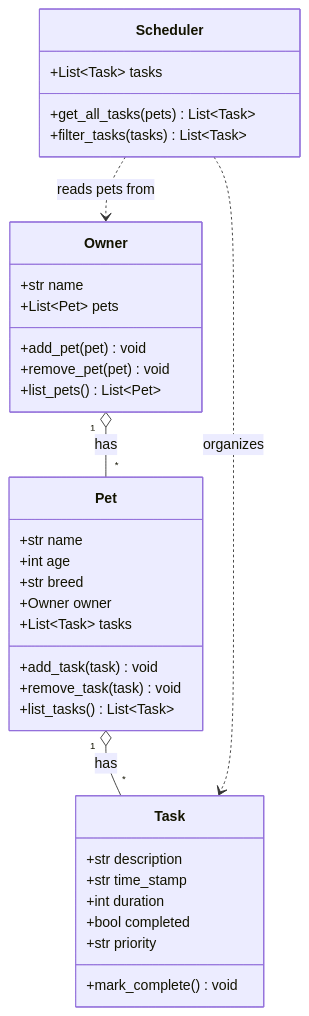
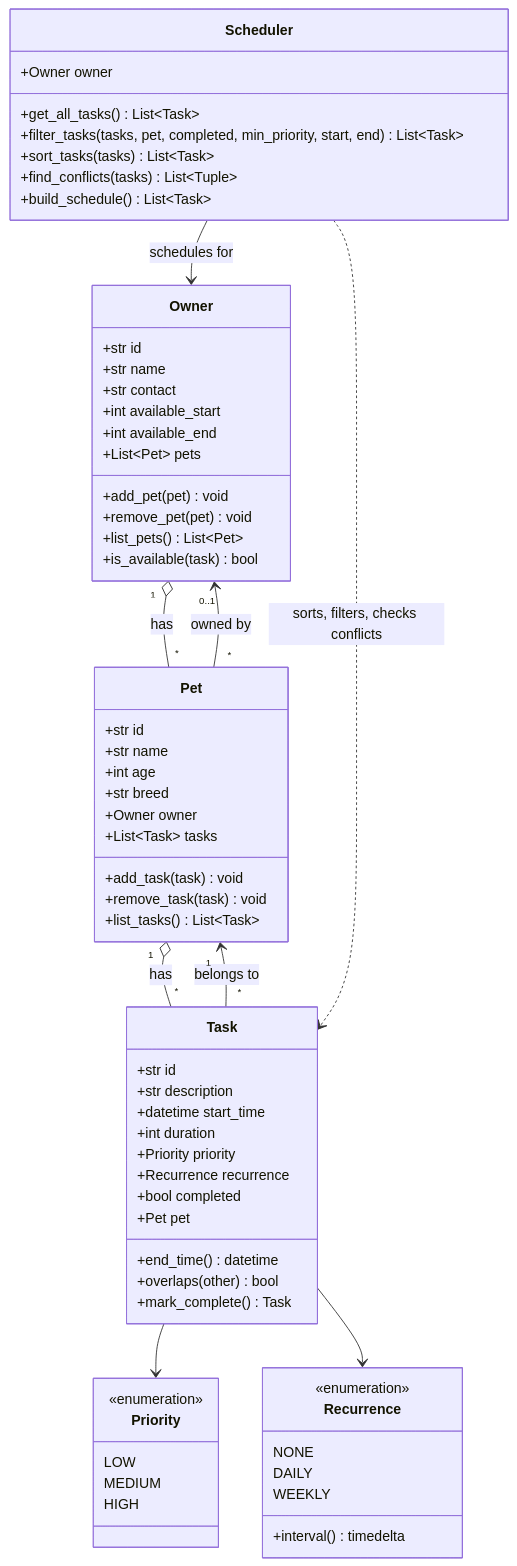
Before and after one commit to StarLumos/pawpal: the diagram in diagrams/uml.mmd, drawn with Mermaid. The commit also changed 2 other files, not shown here.

```diff
--- a/diagrams/uml.mmd
+++ b/diagrams/uml.mmd
@@ -1,39 +1,72 @@
 classDiagram
+    class Priority {
+        <<enumeration>>
+        LOW
+        MEDIUM
+        HIGH
+    }
+
+    class Recurrence {
+        <<enumeration>>
+        NONE
+        DAILY
+        WEEKLY
+        +interval() timedelta
+    }
+
     class Owner {
+        +str id
         +str name
+        +str contact
+        +int available_start
+        +int available_end
         +List~Pet~ pets
         +add_pet(pet) void
         +remove_pet(pet) void
         +list_pets() List~Pet~
+        +is_available(task) bool
     }
 
     class Pet {
+        +str id
         +str name
         +int age
         +str breed
         +Owner owner
         +List~Task~ tasks
         +add_task(task) void
         +remove_task(task) void
         +list_tasks() List~Task~
     }
 
     class Task {
+        +str id
         +str description
-        +str time_stamp
+        +datetime start_time
         +int duration
+        +Priority priority
+        +Recurrence recurrence
         +bool completed
-        +str priority
-        +mark_complete() void
+        +Pet pet
+        +end_time() datetime
+        +overlaps(other) bool
+        +mark_complete() Task
     }
 
     class Scheduler {
-        +List~Task~ tasks
-        +get_all_tasks(pets) List~Task~
-        +filter_tasks(tasks) List~Task~
+        +Owner owner
+        +get_all_tasks() List~Task~
+        +filter_tasks(tasks, pet, completed, min_priority, start, end) List~Task~
+        +sort_tasks(tasks) List~Task~
+        +find_conflicts(tasks) List~Tuple~
+        +build_schedule() List~Task~
     }
 
     Owner "1" o-- "*" Pet : has
     Pet "1" o-- "*" Task : has
-    Scheduler ..> Owner : reads pets from
-    Scheduler ..> Task : organizes
+    Task "*" --> "1" Pet : belongs to
+    Pet "*" --> "0..1" Owner : owned by
+    Task --> Priority
+    Task --> Recurrence
+    Scheduler --> Owner : schedules for
+    Scheduler ..> Task : sorts, filters, checks conflicts
```
